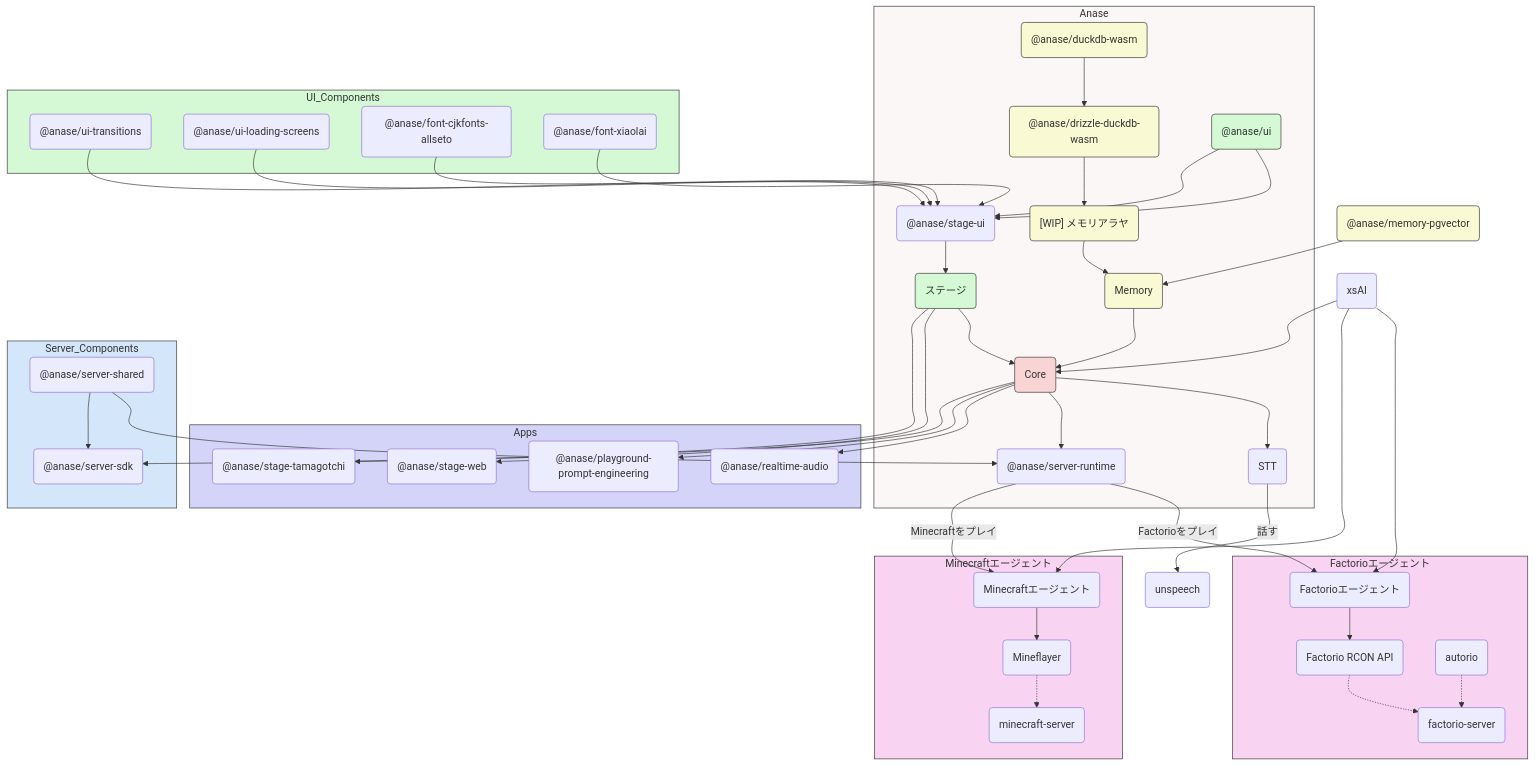
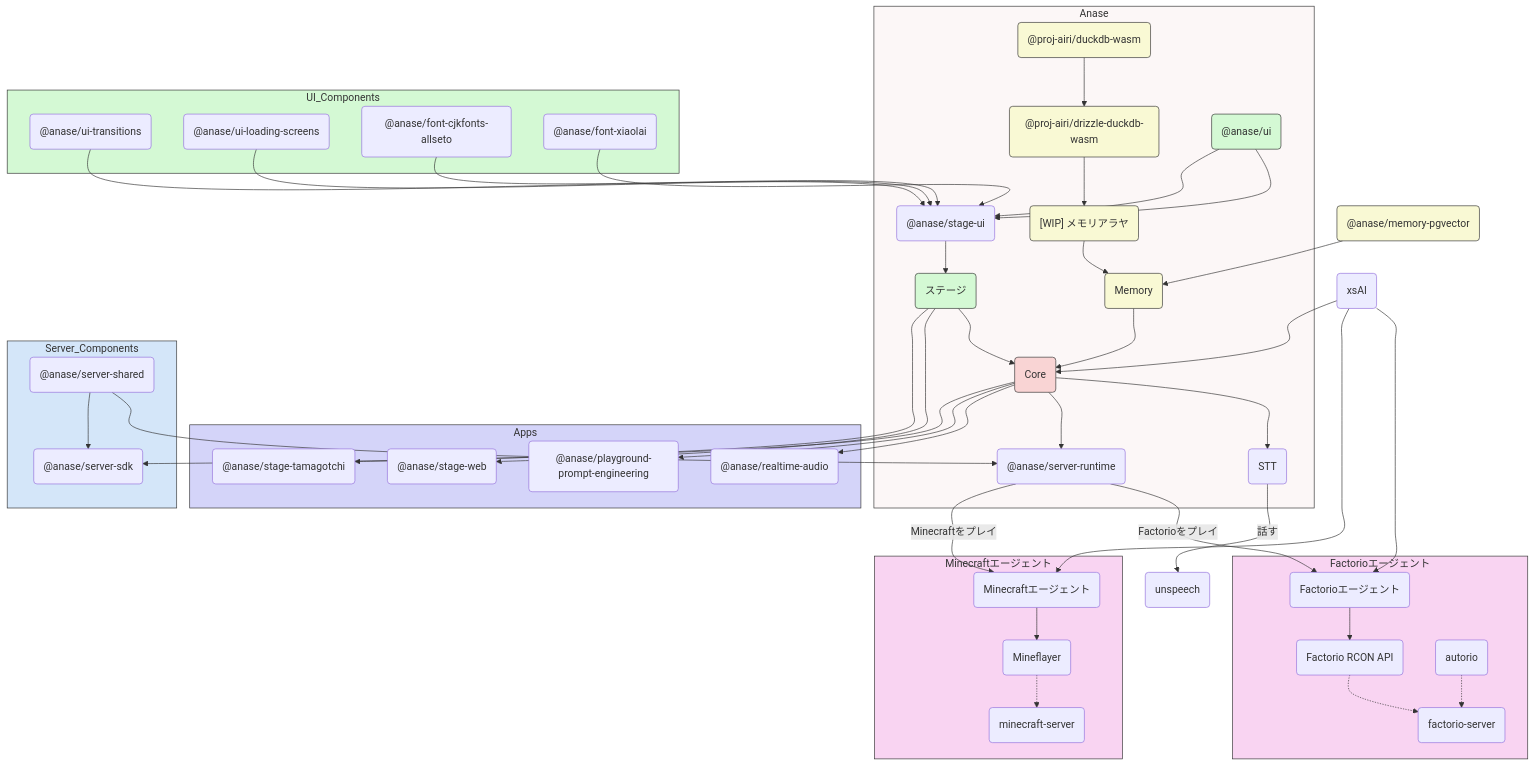
Before and after one commit to rocky2431/anima: the diagram in docs/README.ja-JP.md, drawn with Mermaid. The commit also changed other lines of this file and 19 other files, not shown here.

First line of the commit message:
fix(rebrand): restore external @proj-airi/* imports and update HTML titles

```diff
--- a/docs/README.ja-JP.md
+++ b/docs/README.ja-JP.md
@@ -245,9 +245,9 @@
 flowchart TD
   Core("Core")
   Unspeech("unspeech")
-  DBDriver("@anase/drizzle-duckdb-wasm")
+  DBDriver("@proj-airi/drizzle-duckdb-wasm")
   MemoryDriver("[WIP] メモリアラヤ")
-  DB1("@anase/duckdb-wasm")
+  DB1("@proj-airi/duckdb-wasm")
   SVRT("@anase/server-runtime")
   Memory("Memory")
   STT("STT")
```
